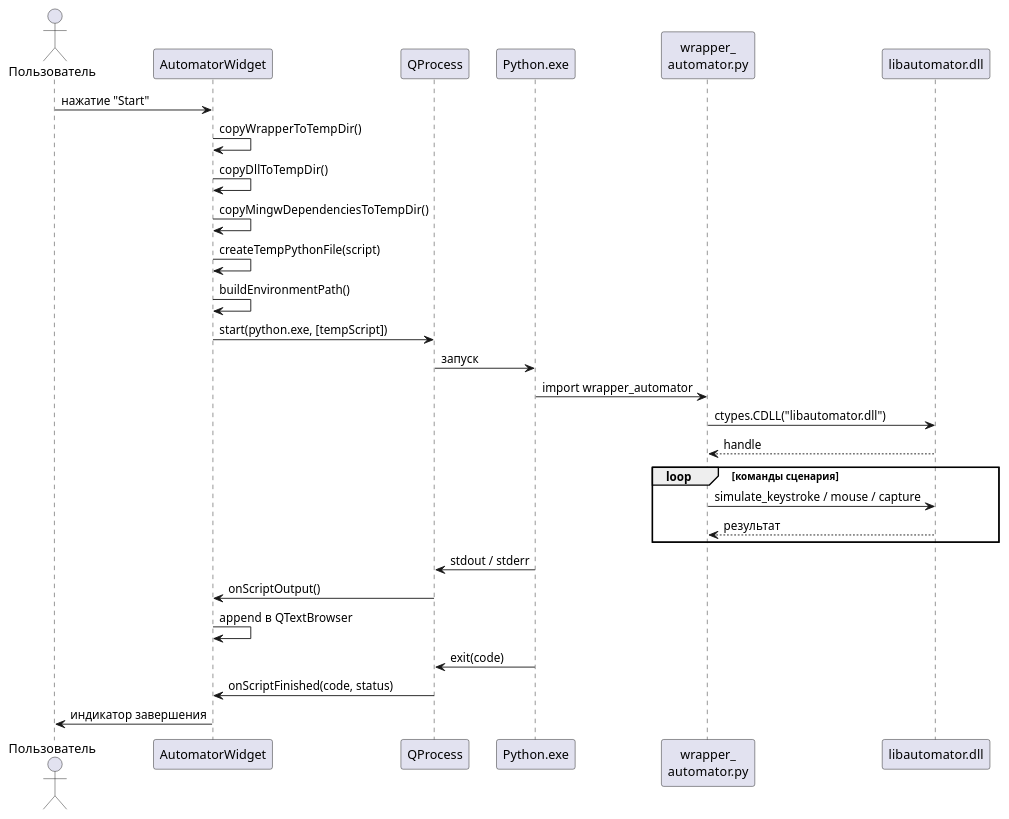
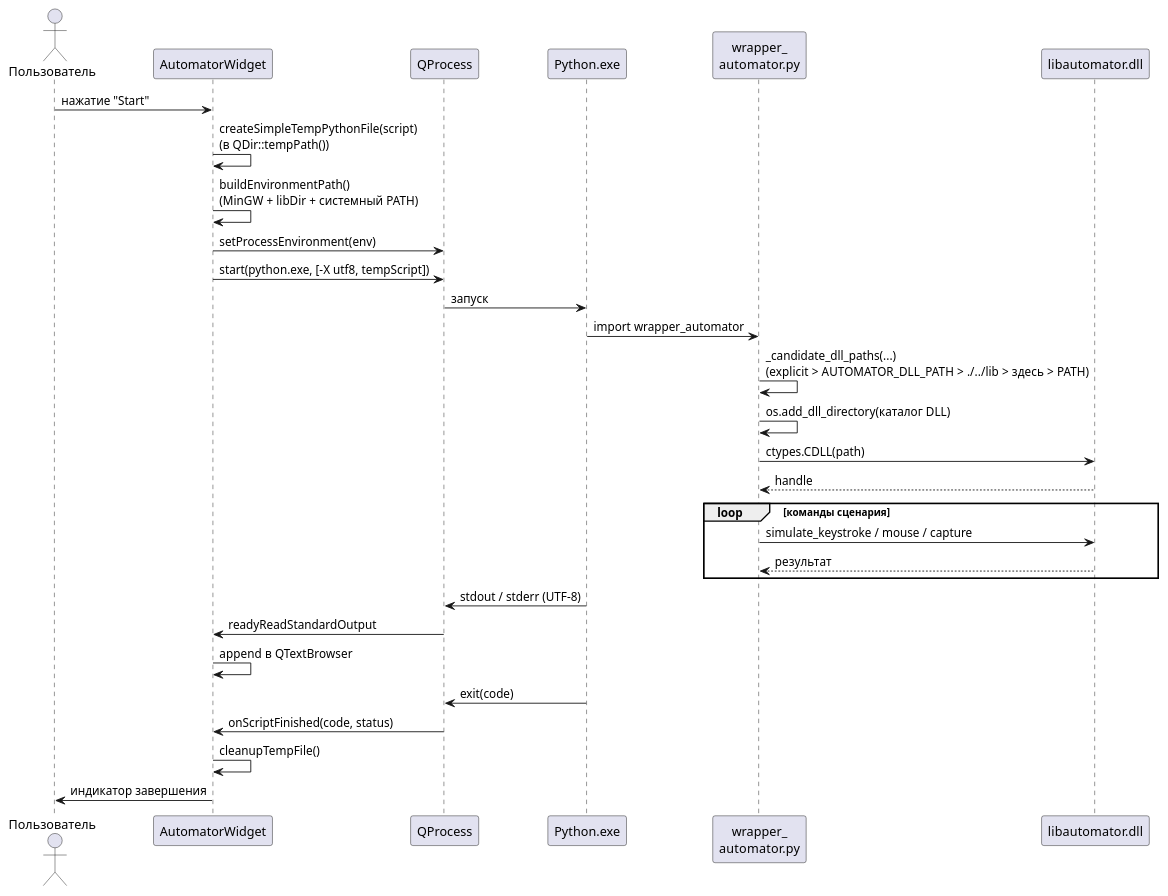
One commit to ArtemTheVan/automator changed the third of 3 diagrams in docs/05-sequences.adoc. Above: the diagram before and after it, drawn with PlantUML. The commit also changed other lines of this file and 5 other files, not shown here.

```diff
--- a/docs/05-sequences.adoc
+++ b/docs/05-sequences.adoc
@@ -90,38 +119,39 @@
 [plantuml, seq-qt-run, svg]
 ----
 @startuml
 skinparam shadowing false
 actor Пользователь as user
 participant "AutomatorWidget" as gui
 participant "QProcess" as proc
 participant "Python.exe" as py
 participant "wrapper_\nautomator.py" as wrap
 participant "libautomator.dll" as lib
 
-user -> gui : нажатие "Start"
-gui -> gui : copyWrapperToTempDir()
-gui -> gui : copyDllToTempDir()
-gui -> gui : copyMingwDependenciesToTempDir()
-gui -> gui : createTempPythonFile(script)
-gui -> gui : buildEnvironmentPath()
-gui -> proc : start(python.exe, [tempScript])
+user -> gui  : нажатие "Start"
+gui  -> gui  : createSimpleTempPythonFile(script)\n(в QDir::tempPath())
+gui  -> gui  : buildEnvironmentPath()\n(MinGW + libDir + системный PATH)
+gui  -> proc : setProcessEnvironment(env)
+gui  -> proc : start(python.exe, [-X utf8, tempScript])
 
-proc -> py : запуск
-py -> wrap : import wrapper_automator
-wrap -> lib : ctypes.CDLL("libautomator.dll")
-lib --> wrap : handle
+proc -> py   : запуск
+py   -> wrap : import wrapper_automator
+wrap -> wrap : _candidate_dll_paths(...)\n(explicit > AUTOMATOR_DLL_PATH > ./../lib > здесь > PATH)
+wrap -> wrap : os.add_dll_directory(каталог DLL)
+wrap -> lib  : ctypes.CDLL(path)
+lib  --> wrap : handle
 
 loop команды сценария
     wrap -> lib : simulate_keystroke / mouse / capture
-    lib --> wrap : результат
+    lib  --> wrap : результат
 end
 
-py -> proc : stdout / stderr
-proc -> gui : onScriptOutput()
-gui -> gui : append в QTextBrowser
+py   -> proc : stdout / stderr (UTF-8)
+proc -> gui  : readyReadStandardOutput
+gui  -> gui  : append в QTextBrowser
 
-py -> proc : exit(code)
-proc -> gui : onScriptFinished(code, status)
-gui -> user : индикатор завершения
+py   -> proc : exit(code)
+proc -> gui  : onScriptFinished(code, status)
+gui  -> gui  : cleanupTempFile()
+gui  -> user : индикатор завершения
 @enduml
 ----
```
